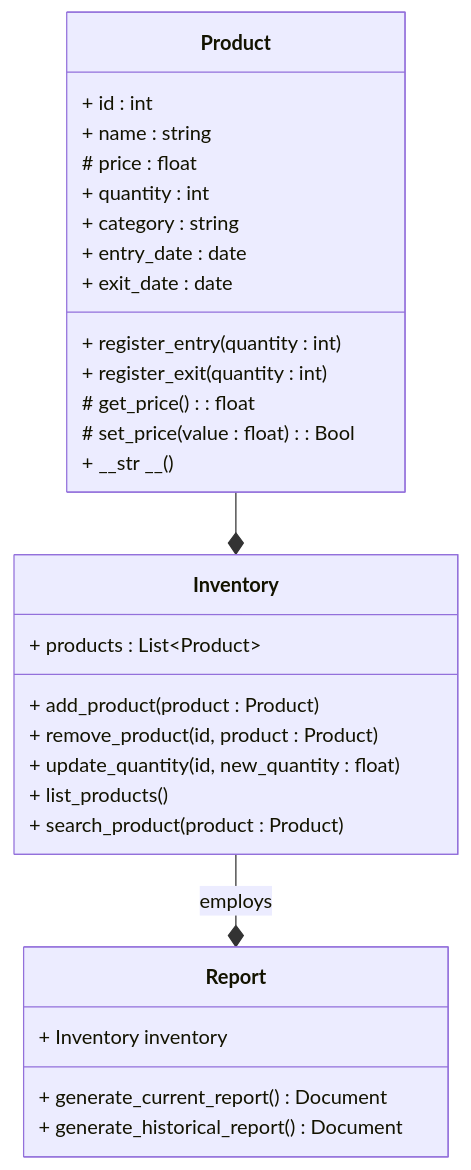
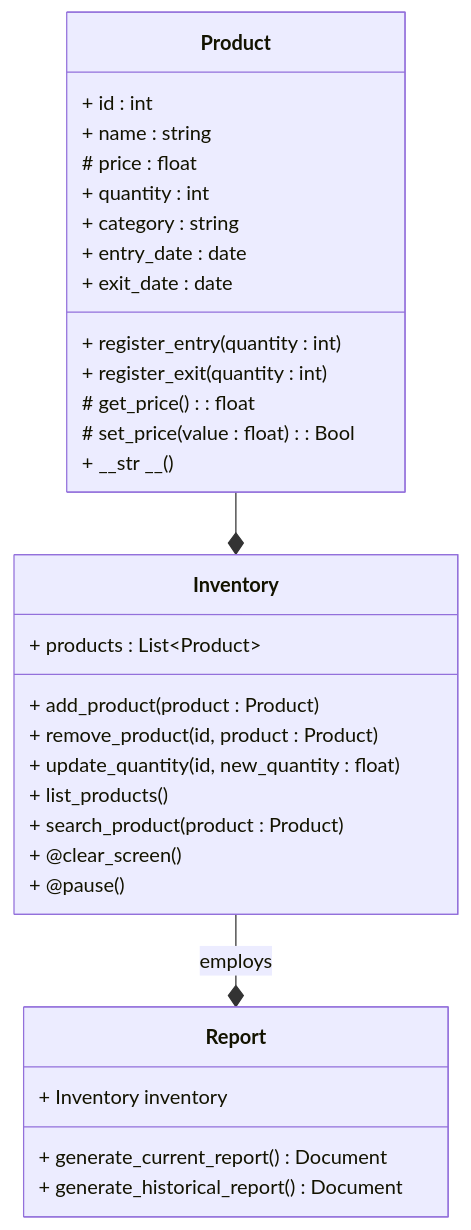
One commit to nisaespa/project_progress changed the diagram in README.md. Above: the diagram before and after it, drawn with Mermaid. The commit also changed other lines of this file, not shown here.

````diff
--- a/README.md
+++ b/README.md
@@ -10,35 +10,37 @@
 ``` mermaid
 classDiagram
     class Product {
         + id : int
         + name : string
         # price : float
         + quantity : int
         + category : string
         + entry_date : date
         + exit_date : date
         + register_entry(quantity : int)
         + register_exit(quantity : int)
         # get_price() : float
         # set_price(value : float) : Bool
         + __str __()
     }
 
     class Inventory {
         + products : List~Product~ 
         + add_product(product : Product)
         + remove_product(id, product : Product)
         + update_quantity(id, new_quantity : float)
         + list_products()
         + search_product(product : Product)
+        + @clear_screen()
+        + @pause()
     }
 
     class Report {
         + Inventory inventory
         + generate_current_report() Document
         + generate_historical_report() Document
     }
 
     Product --* Inventory
     Inventory --* Report : employs
 ```
````
